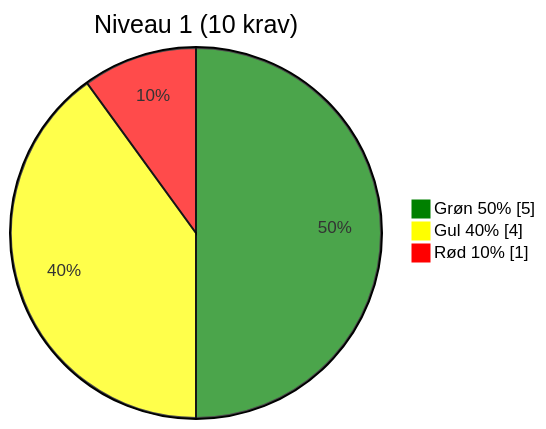
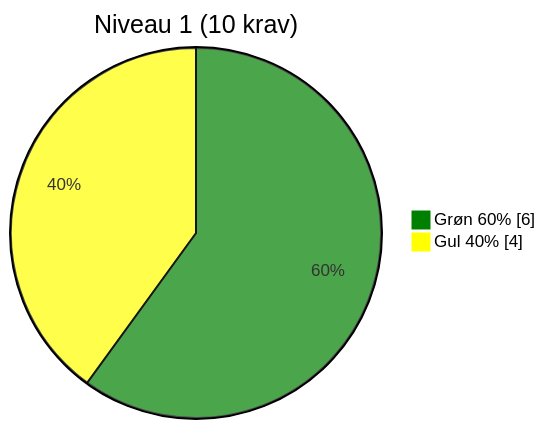
One commit to OS2offdig/os2-product-audits changed the second of 5 diagrams in 2025-09-audits/os2autoproces_assessment_2025-09-05.md. Above: the diagram before and after it, drawn with Mermaid. The commit also changed other lines of this file, not shown here.

Commit message:
Update percents and added pie charts

````diff
--- a/2025-09-audits/os2autoproces_assessment_2025-09-05.md
+++ b/2025-09-audits/os2autoproces_assessment_2025-09-05.md
@@ -139,10 +139,9 @@
 ```mermaid
 %%{init: {"themeVariables": {
-  "pie1": "#008000", "pie2": "#FFFF00", "pie3": "#FF0000"
+  "pie1": "#008000", "pie2": "#FFFF00"
 }}}%%
 pie showData
   title Niveau 1 (10 krav)
-  "Grøn 50%" : 5
+  "Grøn 60%" : 6
   "Gul 40%"  : 4
-  "Rød 10%"  : 1
 ```
````
